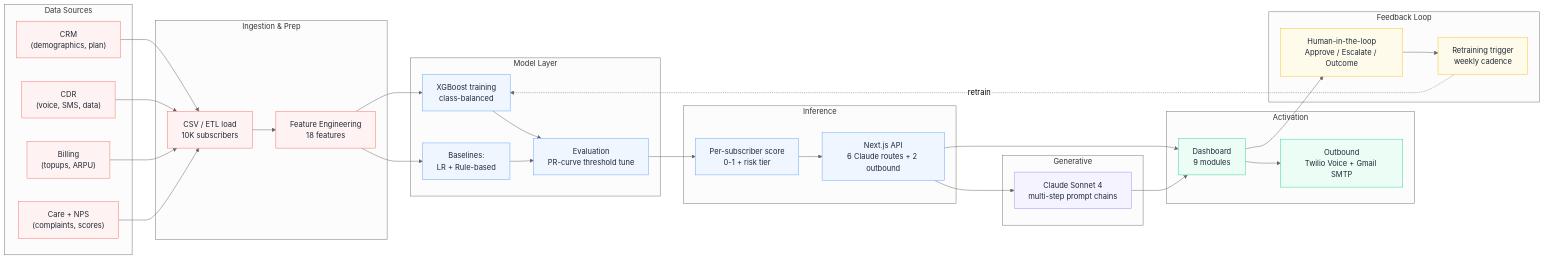
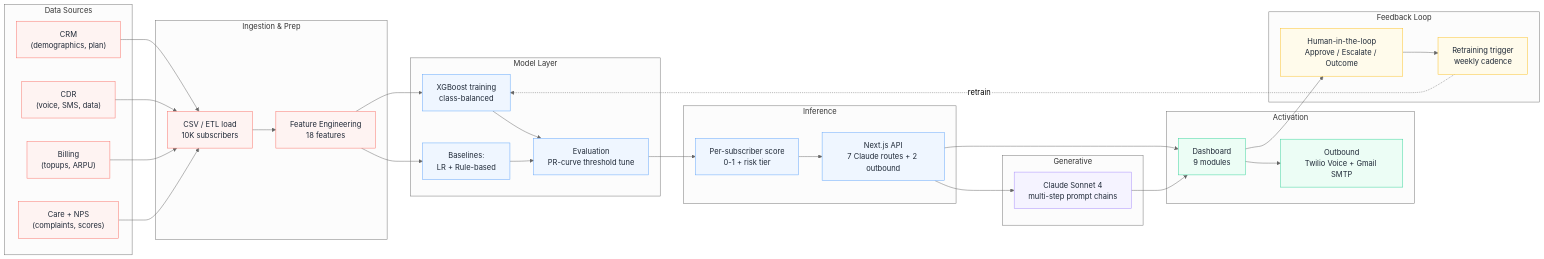
The diagram in docs/diagrams/ai_factory.mmd (mn3265-commits/telcopulse-ai), drawn with Mermaid (neutral theme) before and after one commit. The commit also changed 11 other files, not shown here.

```diff
--- a/docs/diagrams/ai_factory.mmd
+++ b/docs/diagrams/ai_factory.mmd
@@ -1,68 +1,68 @@
 flowchart LR
     subgraph S1["Data Sources"]
         DS1["CRM<br/>(demographics, plan)"]
         DS2["CDR<br/>(voice, SMS, data)"]
         DS3["Billing<br/>(topups, ARPU)"]
         DS4["Care + NPS<br/>(complaints, scores)"]
     end
 
     subgraph S2["Ingestion & Prep"]
         IN["CSV / ETL load<br/>10K subscribers"]
         FE["Feature Engineering<br/>18 features"]
     end
 
     subgraph S3["Model Layer"]
         TR["XGBoost training<br/>class-balanced"]
         BL["Baselines:<br/>LR + Rule-based"]
         EV["Evaluation<br/>PR-curve threshold tune"]
     end
 
     subgraph S4["Inference"]
         SC["Per-subscriber score<br/>0-1 + risk tier"]
-        API["Next.js API<br/>6 Claude routes + 2 outbound"]
+        API["Next.js API<br/>7 Claude routes + 2 outbound"]
     end
 
     subgraph S5["Generative"]
         CL["Claude Sonnet 4<br/>multi-step prompt chains"]
     end
 
     subgraph S6["Activation"]
         UI["Dashboard<br/>9 modules"]
         OUT["Outbound<br/>Twilio Voice + Gmail SMTP"]
     end
 
     subgraph S7["Feedback Loop"]
         HITL["Human-in-the-loop<br/>Approve / Escalate / Outcome"]
         RT["Retraining trigger<br/>weekly cadence"]
     end
 
     DS1 --> IN
     DS2 --> IN
     DS3 --> IN
     DS4 --> IN
     IN --> FE
     FE --> TR
     FE --> BL
     TR --> EV
     BL --> EV
     EV --> SC
     SC --> API
     API --> CL
     API --> UI
     CL --> UI
     UI --> OUT
     UI --> HITL
     HITL --> RT
     RT -.->|retrain| TR
 
     classDef data fill:#FEF3F2,stroke:#F97066,stroke-width:1px,color:#1F2937
     classDef compute fill:#EFF6FF,stroke:#60A5FA,stroke-width:1px,color:#1F2937
     classDef gen fill:#F5F3FF,stroke:#A78BFA,stroke-width:1px,color:#1F2937
     classDef out fill:#ECFDF5,stroke:#34D399,stroke-width:1px,color:#1F2937
     classDef fb fill:#FFFBEB,stroke:#FBBF24,stroke-width:1px,color:#1F2937
 
     class DS1,DS2,DS3,DS4,IN,FE data
     class TR,BL,EV,SC,API compute
     class CL gen
     class UI,OUT out
     class HITL,RT fb
```
